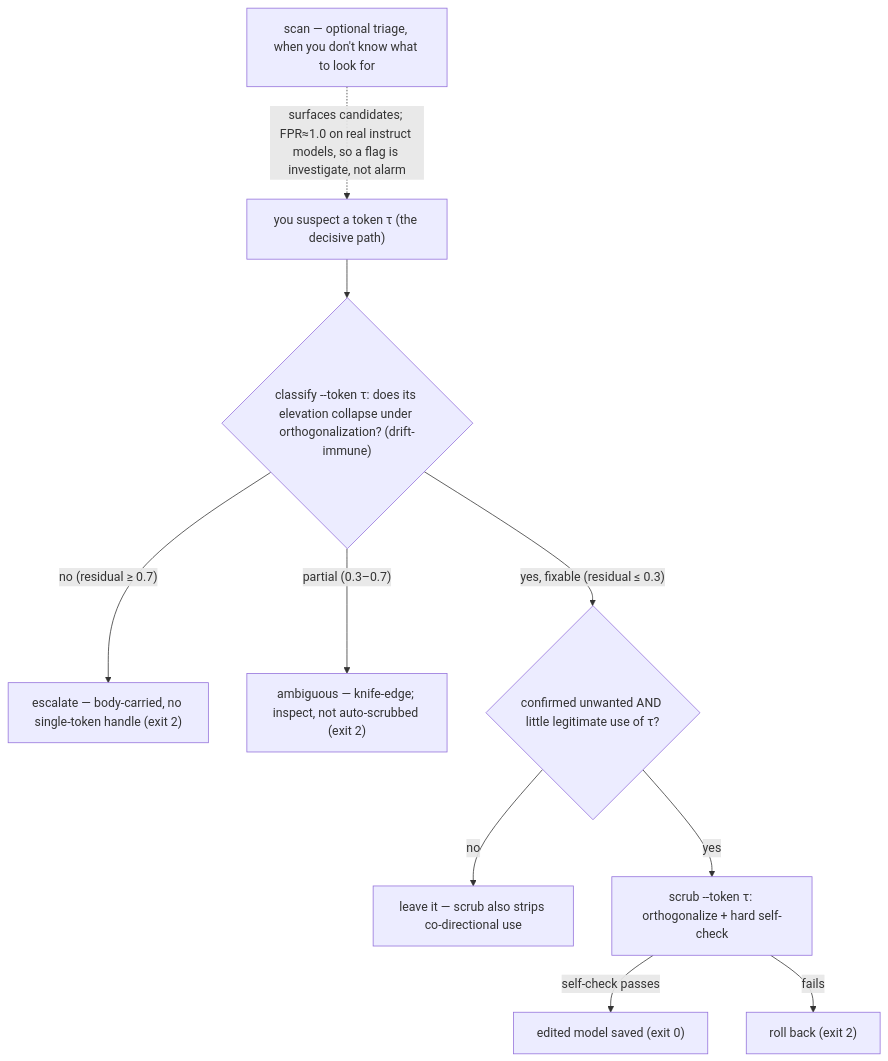
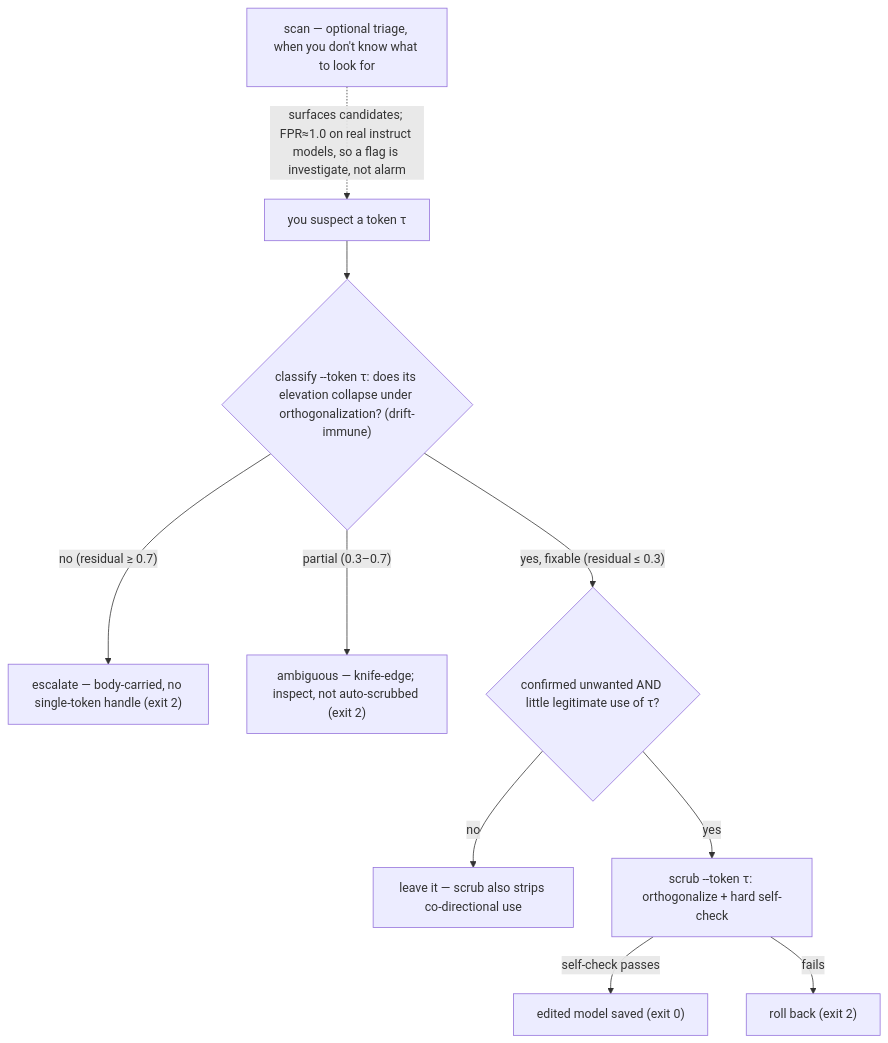
Before and after one commit to tmadl/distill-lint: the diagram in README.md, drawn with Mermaid. The commit also changed other lines of this file, not shown here.

````diff
--- a/README.md
+++ b/README.md
@@ -85,12 +85,12 @@
 ```mermaid
 flowchart TD
-  T["you suspect a token τ (the decisive path)"] --> C{"classify --token τ: does its elevation collapse under orthogonalization? (drift-immune)"}
+  T["you suspect a token τ"] --> C{"classify --token τ: does its elevation collapse under orthogonalization? (drift-immune)"}
   C -->|"no (residual ≥ 0.7)"| E["escalate — body-carried, no single-token handle (exit 2)"]
   C -->|"partial (0.3–0.7)"| AMB["ambiguous — knife-edge; inspect, not auto-scrubbed (exit 2)"]
   C -->|"yes, fixable (residual ≤ 0.3)"| K{"confirmed unwanted AND little legitimate use of τ?"}
   K -->|no| STOP["leave it — scrub also strips co-directional use"]
   K -->|yes| F["scrub --token τ: orthogonalize + hard self-check"]
   F -->|"self-check passes"| OK["edited model saved (exit 0)"]
   F -->|fails| RB["roll back (exit 2)"]
   SCAN["scan — optional triage, when you don't know what to look for"] -.->|"surfaces candidates; FPR≈1.0 on real instruct models, so a flag is investigate, not alarm"| T
 ```
````
